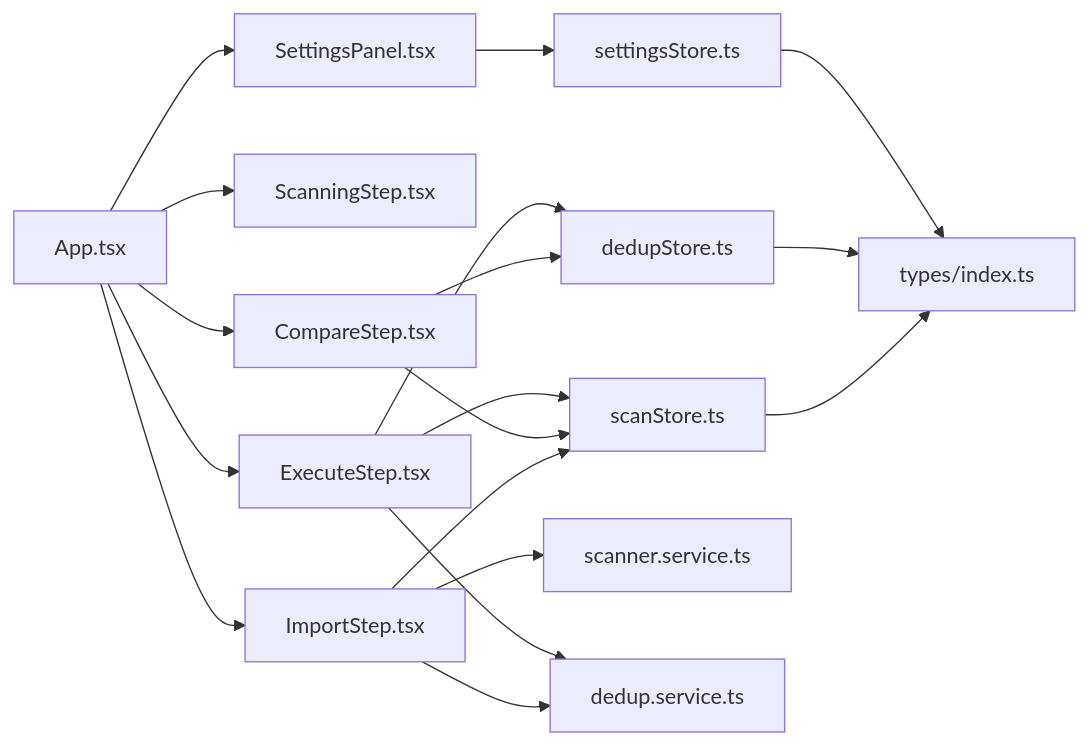
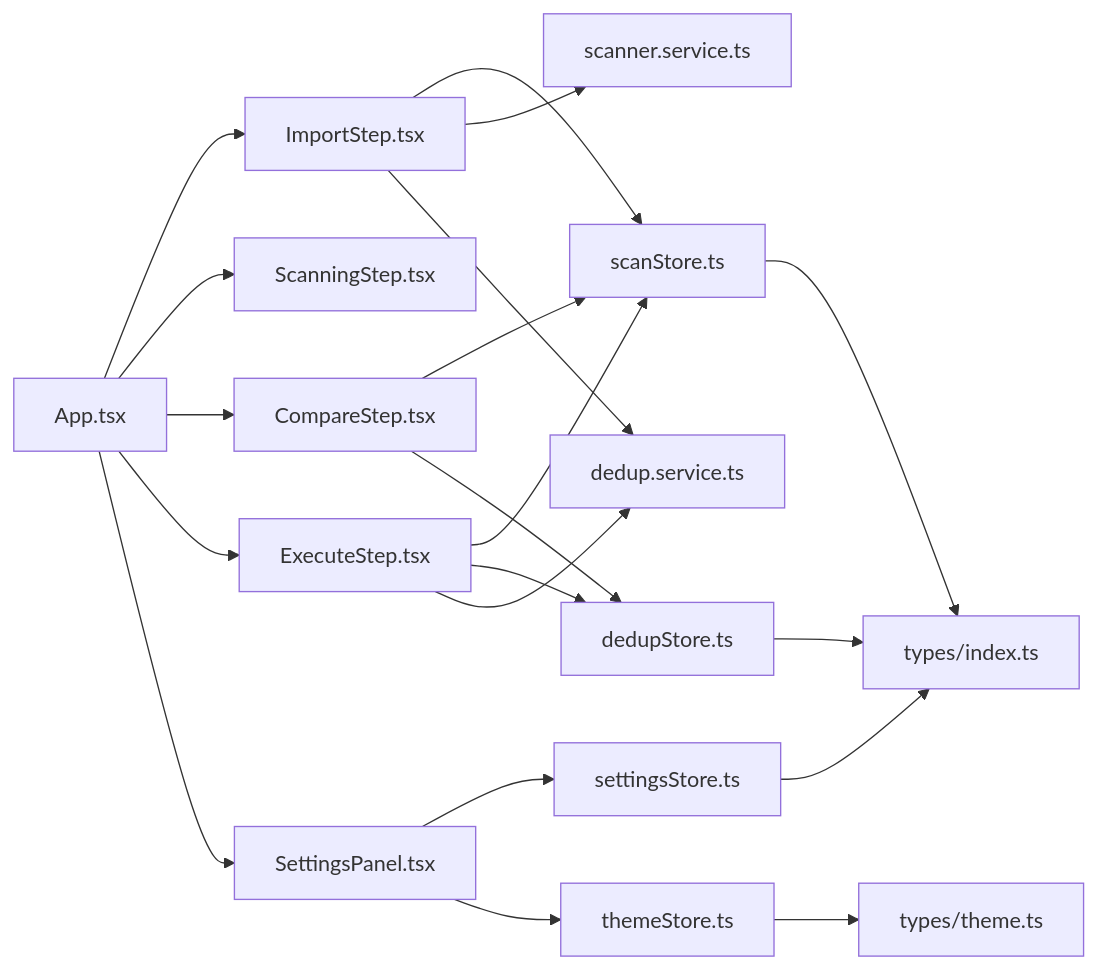
Before and after one commit to remgasuki/ReDoPhoto: the fifth of 7 diagrams in .qoder/repowiki/zh/content/用户界面系统/用户界面系统.md, drawn with Mermaid. The commit also changed other lines of this file and 10 other files, not shown here.

````diff
--- a/.qoder/repowiki/zh/content/用户界面系统/用户界面系统.md
+++ b/.qoder/repowiki/zh/content/用户界面系统/用户界面系统.md
@@ -336,20 +414,22 @@
 ```mermaid
 graph LR
 App["App.tsx"] --> Import["ImportStep.tsx"]
 App --> Scan["ScanningStep.tsx"]
 App --> Compare["CompareStep.tsx"]
 App --> Exec["ExecuteStep.tsx"]
 App --> Settings["SettingsPanel.tsx"]
 Import --> ScanStore["scanStore.ts"]
 Compare --> ScanStore
 Exec --> ScanStore
 Compare --> DedupStore["dedupStore.ts"]
 Exec --> DedupStore
 Settings --> SettingsStore["settingsStore.ts"]
+Settings --> ThemeStore["themeStore.ts"]
 ScanStore --> Types["types/index.ts"]
 DedupStore --> Types
 SettingsStore --> Types
+ThemeStore --> ThemeTypes["types/theme.ts"]
 Import --> Scanner["scanner.service.ts"]
 Import --> DedupSvc["dedup.service.ts"]
 Exec --> DedupSvc
 ```
````
